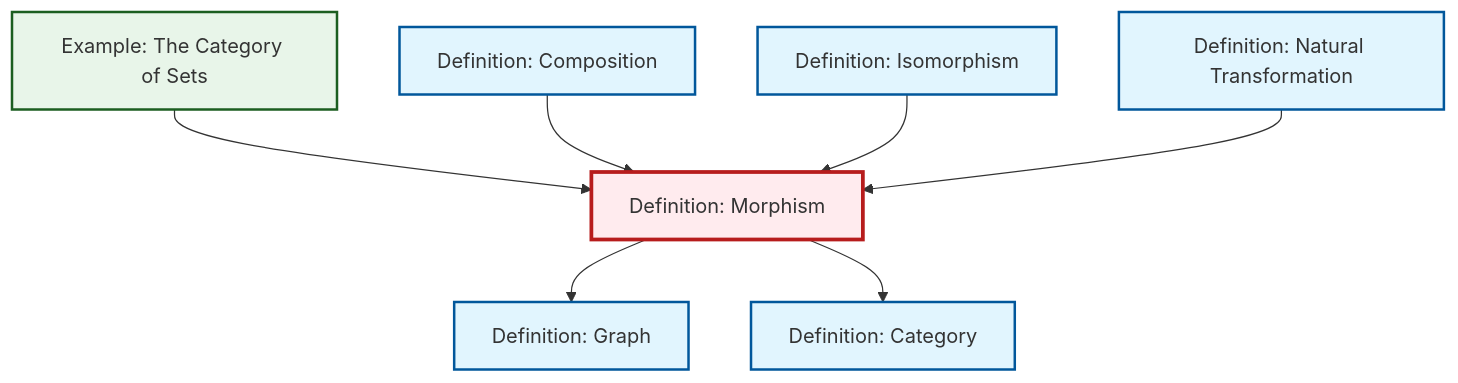
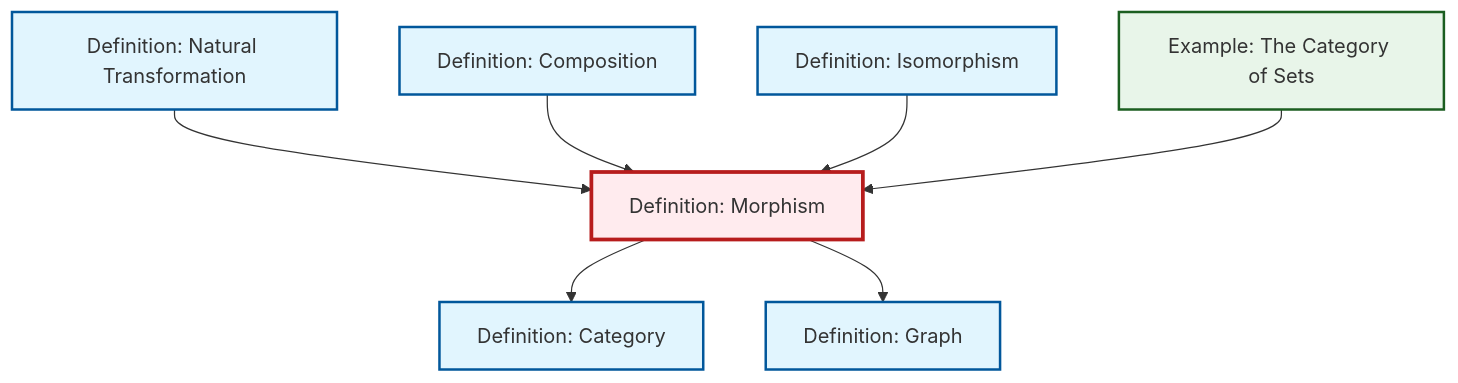
One commit to RK0429/ModernMath changed the diagram in content/en/category-theory/def-morphism.qmd. Above: the diagram before and after it, drawn with Mermaid. The commit also changed other lines of this file and 554 other files, not shown here.

````diff
--- a/content/en/category-theory/def-morphism.qmd
+++ b/content/en/category-theory/def-morphism.qmd
@@ -56,29 +56,29 @@
 ```{mermaid}
 %%| fig-cap: "Local dependency graph"
 graph TD
     classDef definition fill:#e1f5fe,stroke:#01579b,stroke-width:2px
     classDef theorem fill:#f3e5f5,stroke:#4a148c,stroke-width:2px
     classDef axiom fill:#fff3e0,stroke:#e65100,stroke-width:2px
     classDef example fill:#e8f5e9,stroke:#1b5e20,stroke-width:2px
     classDef current fill:#ffebee,stroke:#b71c1c,stroke-width:3px
+    ex-set-category["Example: The Category of Sets"]:::example
+    def-category["Definition: Category"]:::definition
     def-natural-transformation["Definition: Natural Transformation"]:::definition
-    def-morphism["Definition: Morphism"]:::definition
-    def-category["Definition: Category"]:::definition
-    ex-set-category["Example: The Category of Sets"]:::example
-    def-composition["Definition: Composition"]:::definition
     def-graph["Definition: Graph"]:::definition
     def-isomorphism["Definition: Isomorphism"]:::definition
-    ex-set-category --> def-morphism
+    def-morphism["Definition: Morphism"]:::definition
+    def-composition["Definition: Composition"]:::definition
+    def-natural-transformation --> def-morphism
     def-composition --> def-morphism
-    def-morphism --> def-graph
     def-isomorphism --> def-morphism
     def-morphism --> def-category
-    def-natural-transformation --> def-morphism
+    def-morphism --> def-graph
+    ex-set-category --> def-morphism
     class def-morphism current
+    click ex-set-category "ex-set-category.html" "Go to The Category of Sets example"
+    click def-category "def-category.html" "Go to Category definition"
     click def-natural-transformation "def-natural-transformation.html" "Go to Natural Transformation definition"
-    click def-category "def-category.html" "Go to Category definition"
-    click ex-set-category "ex-set-category.html" "Go to The Category of Sets example"
-    click def-composition "def-composition.html" "Go to Composition definition"
     click def-graph "def-graph.html" "Go to Graph definition"
     click def-isomorphism "def-isomorphism.html" "Go to Isomorphism definition"
+    click def-composition "def-composition.html" "Go to Composition definition"
 ```
````
